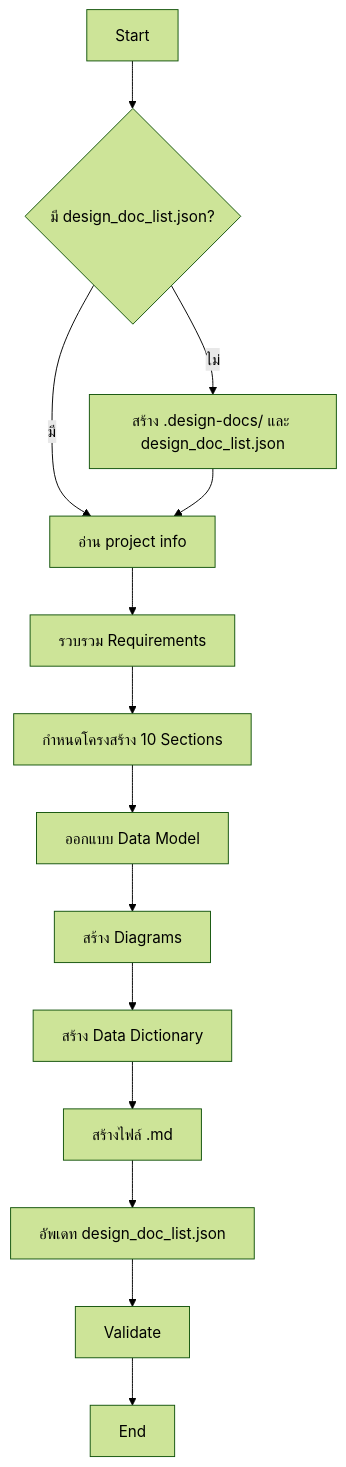
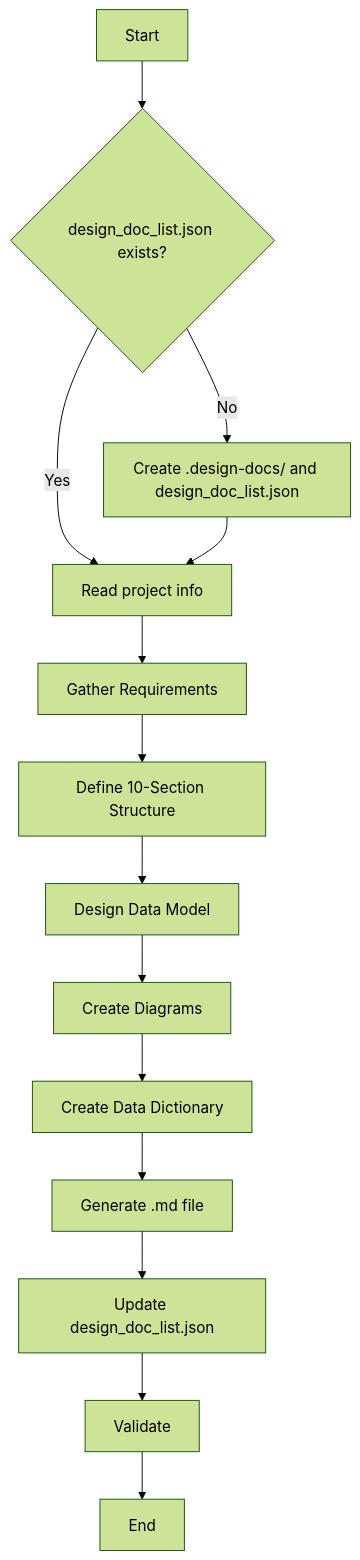
One commit to mounchons/AgentMarketPlace changed the first of 4 diagrams in plugins/system-design-doc/skills/system-design-doc/SKILL.md. Above: the diagram before and after it, drawn with Mermaid (forest theme). The commit also changed other lines of this file and 51 other files, not shown here.

````diff
--- a/plugins/system-design-doc/skills/system-design-doc/SKILL.md
+++ b/plugins/system-design-doc/skills/system-design-doc/SKILL.md
@@ -51,16 +54,16 @@
 ```mermaid
 flowchart TD
-    A[Start] --> B{มี design_doc_list.json?}
-    B -->|ไม่| C[สร้าง .design-docs/ และ design_doc_list.json]
-    B -->|มี| D[อ่าน project info]
+    A[Start] --> B{design_doc_list.json exists?}
+    B -->|No| C[Create .design-docs/ and design_doc_list.json]
+    B -->|Yes| D[Read project info]
     C --> D
-    D --> E[รวบรวม Requirements]
-    E --> F[กำหนดโครงสร้าง 10 Sections]
-    F --> G[ออกแบบ Data Model]
-    G --> H[สร้าง Diagrams]
-    H --> I[สร้าง Data Dictionary]
-    I --> J[สร้างไฟล์ .md]
-    J --> K[อัพเดท design_doc_list.json]
+    D --> E[Gather Requirements]
+    E --> F[Define 10-Section Structure]
+    F --> G[Design Data Model]
+    G --> H[Create Diagrams]
+    H --> I[Create Data Dictionary]
+    I --> J[Generate .md file]
+    J --> K[Update design_doc_list.json]
     K --> L[Validate]
     L --> M[End]
 ```
````
